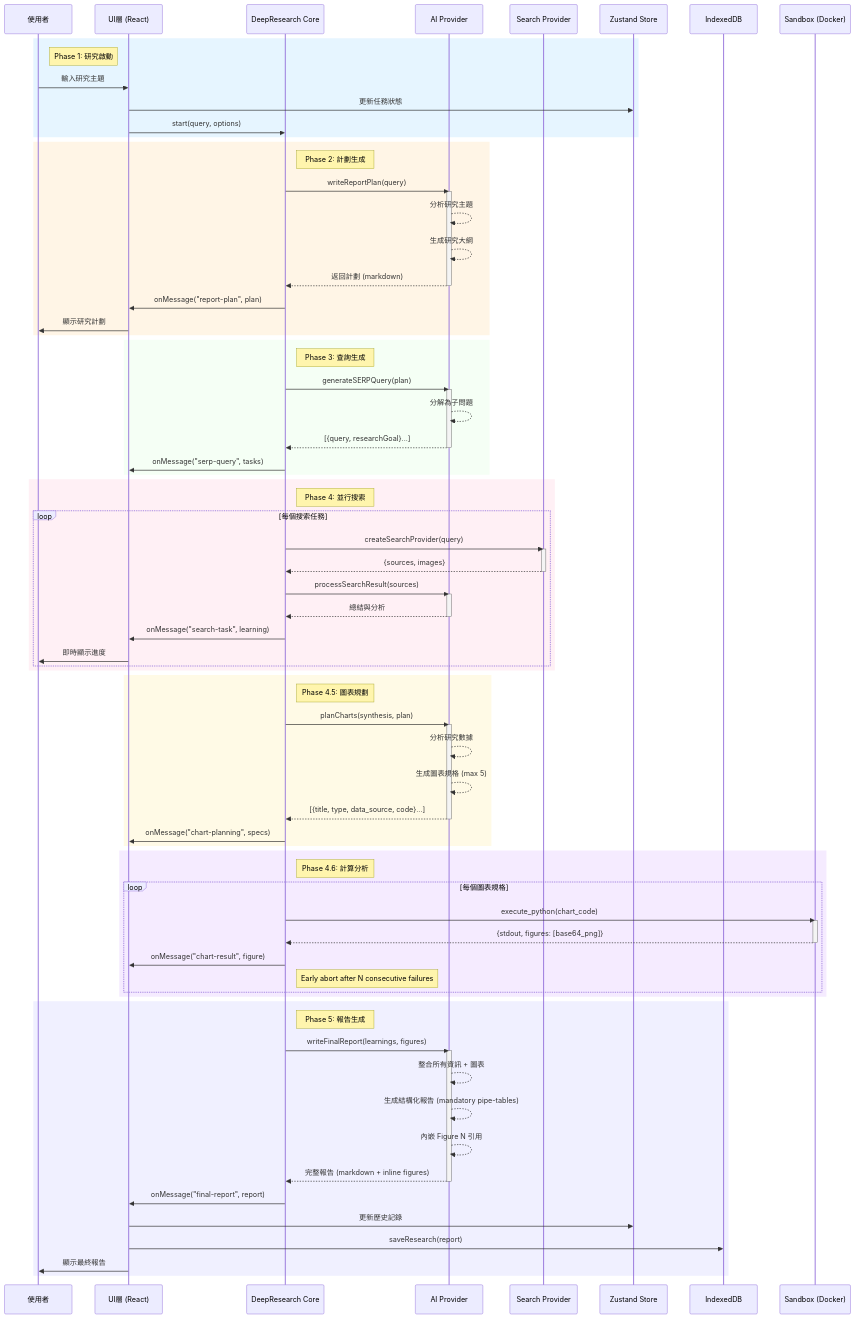
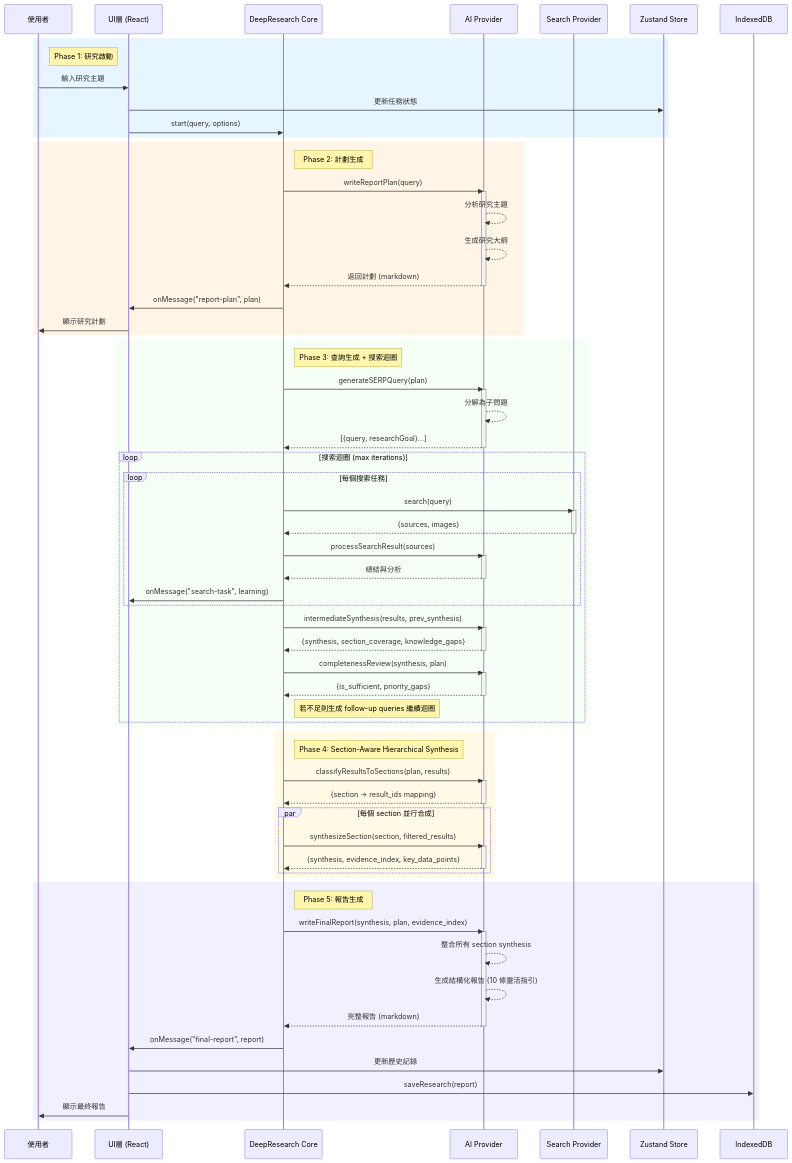
One commit to Zenobia000/openagent_backend changed the first of 3 diagrams in Architecture_Refactoring_Toolkit/project_docs/07_deep_research_sequential_flow.md. Above: the diagram before and after it, drawn with Mermaid. The commit also changed other lines of this file and 16 other files, not shown here.

```diff
--- a/Architecture_Refactoring_Toolkit/project_docs/07_deep_research_sequential_flow.md
+++ b/Architecture_Refactoring_Toolkit/project_docs/07_deep_research_sequential_flow.md
@@ -56,65 +62,62 @@
     end
 
     rect rgb(245, 255, 245)
-        Note right of DR: Phase 3: 查詢生成
+        Note right of DR: Phase 3: 查詢生成 + 搜索迴圈
         DR->>AI: generateSERPQuery(plan)
         activate AI
         AI-->>AI: 分解為子問題
         AI-->>DR: [{query, researchGoal}...]
         deactivate AI
-        DR->>UI: onMessage("serp-query", tasks)
-    end
 
-    rect rgb(255, 240, 245)
-        Note right of DR: Phase 4: 並行搜索
-        loop 每個搜索任務
-            DR->>Search: createSearchProvider(query)
-            activate Search
-            Search-->>DR: {sources, images}
-            deactivate Search
+        loop 搜索迴圈 (max iterations)
+            loop 每個搜索任務
+                DR->>Search: search(query)
+                activate Search
+                Search-->>DR: {sources, images}
+                deactivate Search
+                DR->>AI: processSearchResult(sources)
+                activate AI
+                AI-->>DR: 總結與分析
+                deactivate AI
+                DR->>UI: onMessage("search-task", learning)
+            end
 
-            DR->>AI: processSearchResult(sources)
+            DR->>AI: intermediateSynthesis(results, prev_synthesis)
             activate AI
-            AI-->>DR: 總結與分析
+            AI-->>DR: {synthesis, section_coverage, knowledge_gaps}
             deactivate AI
 
-            DR->>UI: onMessage("search-task", learning)
-            UI->>User: 即時顯示進度
+            DR->>AI: completenessReview(synthesis, plan)
+            activate AI
+            AI-->>DR: {is_sufficient, priority_gaps}
+            deactivate AI
+
+            Note right of DR: 若不足則生成 follow-up queries 繼續迴圈
         end
     end
 
     rect rgb(255, 250, 230)
-        Note right of DR: Phase 4.5: 圖表規劃
-        DR->>AI: planCharts(synthesis, plan)
+        Note right of DR: Phase 4: Section-Aware Hierarchical Synthesis
+        DR->>AI: classifyResultsToSections(plan, results)
         activate AI
-        AI-->>AI: 分析研究數據
-        AI-->>AI: 生成圖表規格 (max 5)
-        AI-->>DR: [{title, type, data_source, code}...]
+        AI-->>DR: {section -> result_ids mapping}
         deactivate AI
-        DR->>UI: onMessage("chart-planning", specs)
-    end
 
-    rect rgb(245, 235, 255)
-        Note right of DR: Phase 4.6: 計算分析
-        participant SB as Sandbox (Docker)
-        loop 每個圖表規格
-            DR->>SB: execute_python(chart_code)
-            activate SB
-            SB-->>DR: {stdout, figures: [base64_png]}
-            deactivate SB
-            DR->>UI: onMessage("chart-result", figure)
-            Note right of DR: Early abort after N consecutive failures
+        par 每個 section 並行合成
+            DR->>AI: synthesizeSection(section, filtered_results)
+            activate AI
+            AI-->>DR: {synthesis, evidence_index, key_data_points}
+            deactivate AI
         end
     end
 
     rect rgb(240, 240, 255)
         Note right of DR: Phase 5: 報告生成
-        DR->>AI: writeFinalReport(learnings, figures)
+        DR->>AI: writeFinalReport(synthesis, plan, evidence_index)
         activate AI
-        AI-->>AI: 整合所有資訊 + 圖表
-        AI-->>AI: 生成結構化報告 (mandatory pipe-tables)
-        AI-->>AI: 內嵌 Figure N 引用
-        AI-->>DR: 完整報告 (markdown + inline figures)
+        AI-->>AI: 整合所有 section synthesis
+        AI-->>AI: 生成結構化報告 (10 條靈活指引)
+        AI-->>DR: 完整報告 (markdown)
         deactivate AI
 
         DR->>UI: onMessage("final-report", report)
```
